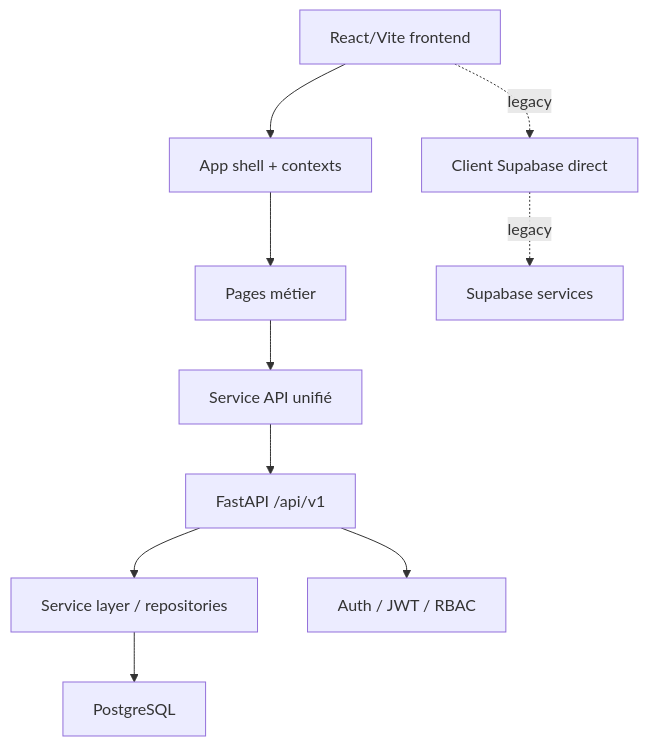
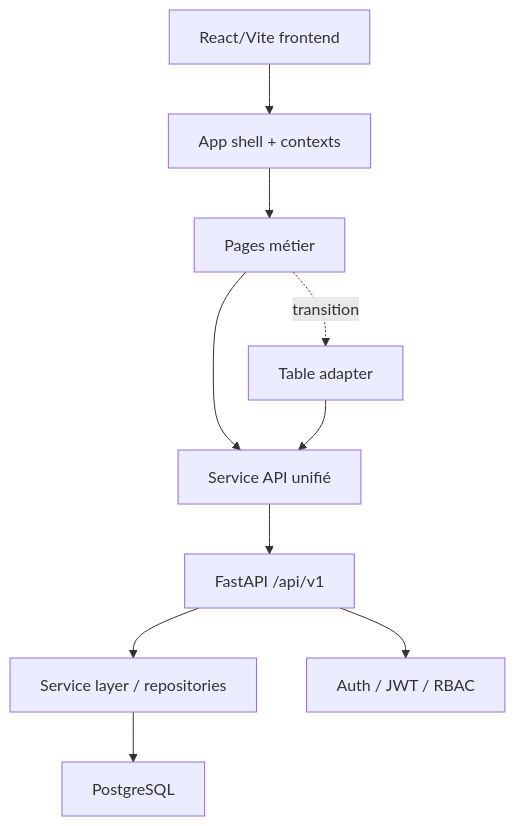
Before and after one commit to ssgnsa/gnamba-project: the diagram in docs/ARCHITECTURE_UNIFICATION_REPORT.md, drawn with Mermaid. The commit also changed other lines of this file and 277 other files, not shown here.

````diff
--- a/docs/ARCHITECTURE_UNIFICATION_REPORT.md
+++ b/docs/ARCHITECTURE_UNIFICATION_REPORT.md
@@ -52,12 +56,12 @@
 ```mermaid
 graph TD
   A[React/Vite frontend] --> B[App shell + contexts]
   B --> C[Pages métier]
   C --> D[Service API unifié]
   D --> E[FastAPI /api/v1]
   E --> F[Service layer / repositories]
   F --> G[PostgreSQL]
   E --> H[Auth / JWT / RBAC]
-  A -.legacy.-> I[Client Supabase direct]
-  I -.legacy.-> J[Supabase services]
+  C -.transition.-> I[Table adapter]
+  I --> D
 ```
````
